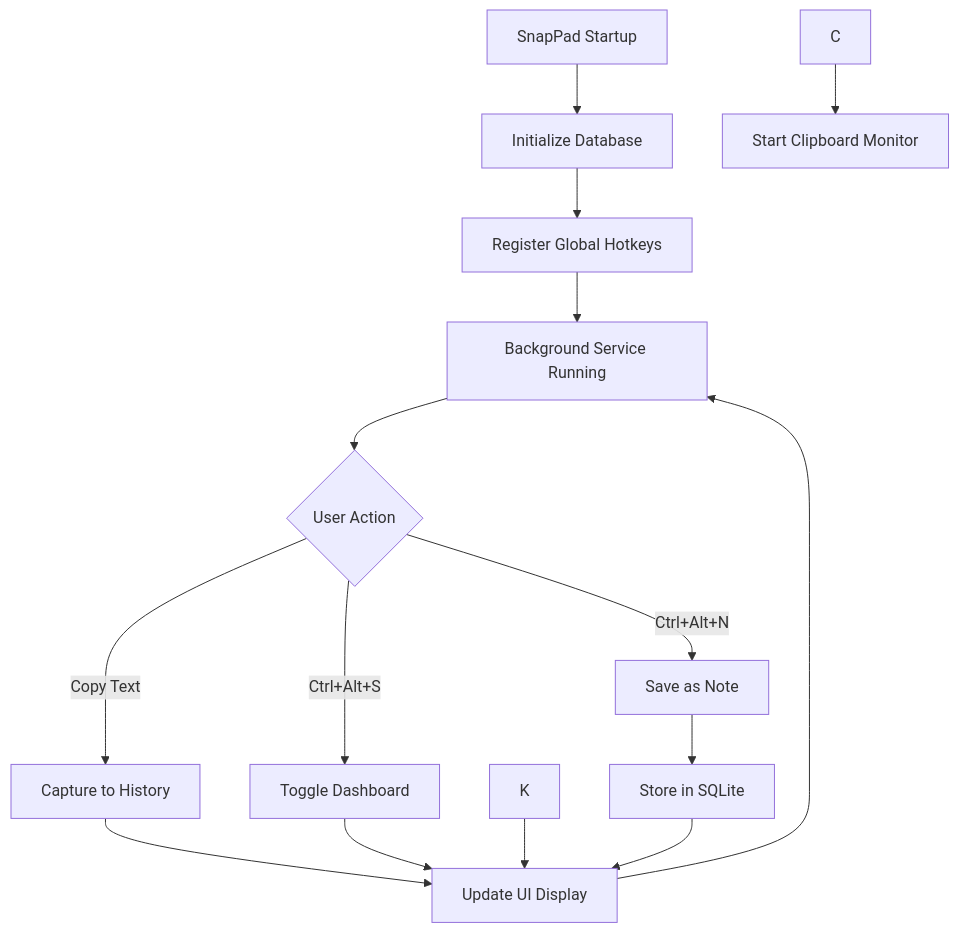
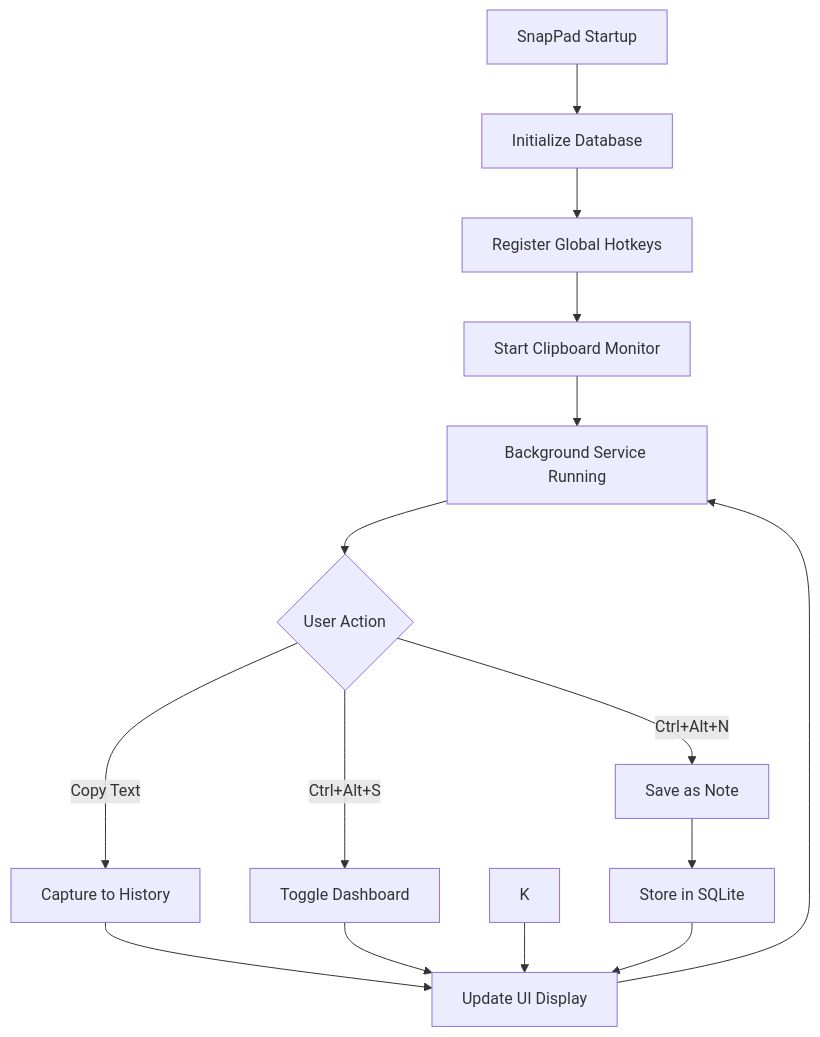
One commit to shakedshoshan/SnapPad changed the diagram in README.md. Above: the diagram before and after it, drawn with Mermaid.

````diff
--- a/README.md
+++ b/README.md
@@ -38,20 +38,20 @@
 ```mermaid
 graph TD
     A[SnapPad Startup] --> B[Initialize Database]
-    B--> D[Register Global Hotkeys]
-    C--> E[Start Clipboard Monitor]
+    B--> C[Register Global Hotkeys]
+    C--> D[Start Clipboard Monitor]
     D--> F[Background Service Running]
     
     F --> G{User Action}
     G -->|Copy Text| H[Capture to History]
     G -->|Ctrl+Alt+S| I[Toggle Dashboard]
     G -->|Ctrl+Alt+N| J[Save as Note]
     
     H --> L[Update UI Display]
     I --> L
     J --> M[Store in SQLite]
     K --> L
     
     M --> L
     L --> F
 ```
````
